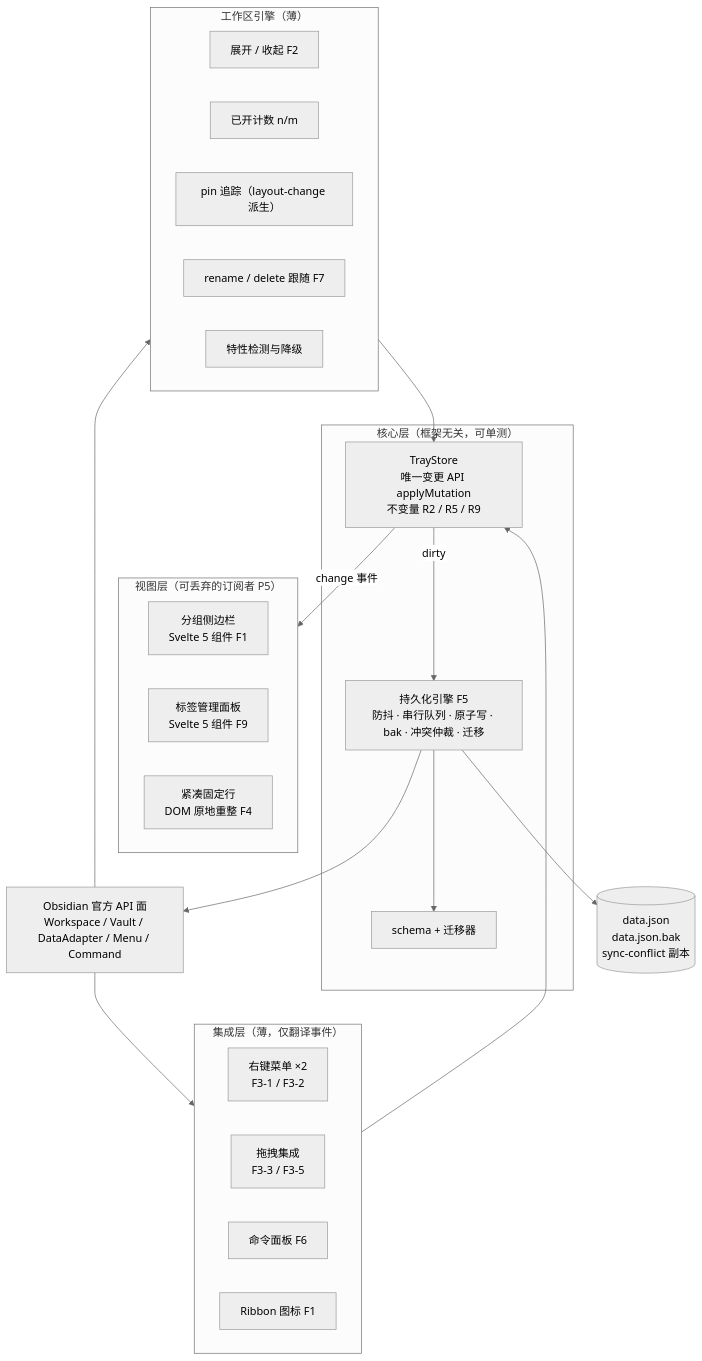
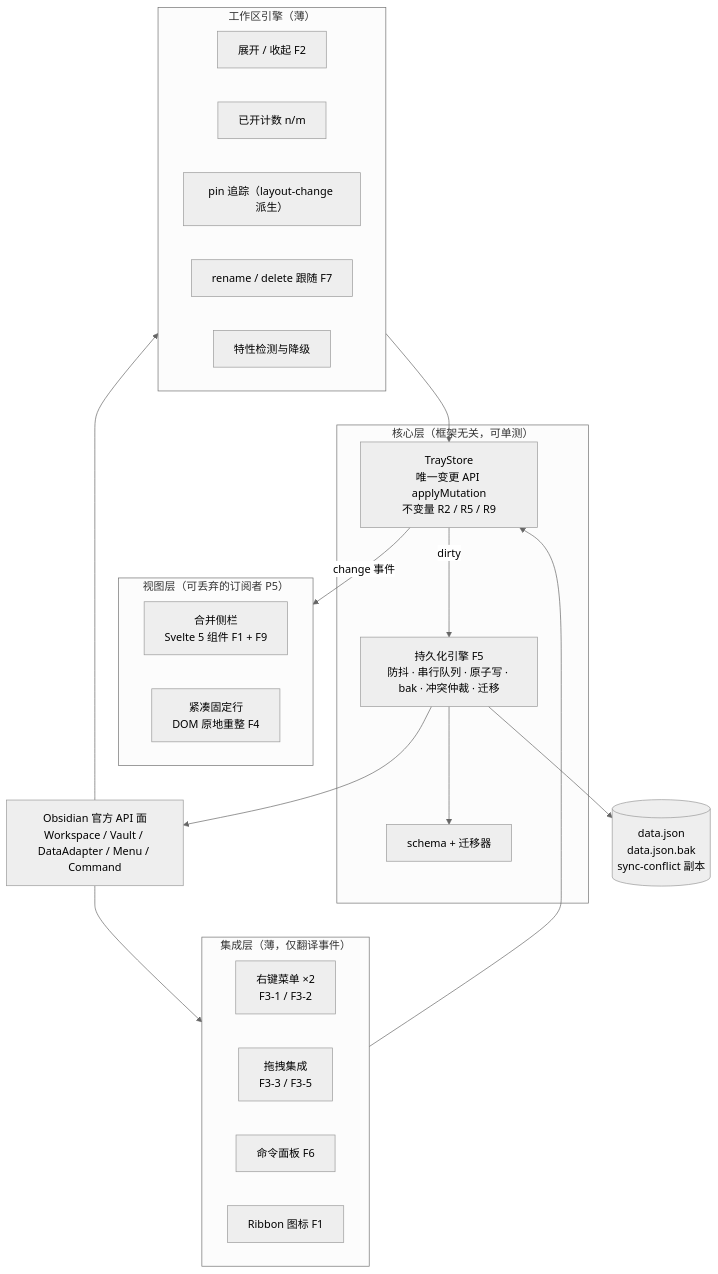
The first of 4 diagrams in docs/DESIGN.md (iceblyte/tab-tray), drawn with Mermaid (neutral theme) before and after one commit. The commit also changed other lines of this file and 5 other files, not shown here.

````diff
--- a/docs/DESIGN.md
+++ b/docs/DESIGN.md
@@ -50,41 +57,40 @@
 ```mermaid
 flowchart TB
     OBS["Obsidian 官方 API 面<br/>Workspace / Vault / DataAdapter / Menu / Command"]
 
     subgraph INT["集成层（薄，仅翻译事件）"]
         MENU["右键菜单 ×2<br/>F3-1 / F3-2"]
         DND["拖拽集成<br/>F3-3 / F3-5"]
         CMD["命令面板 F6"]
         RIB["Ribbon 图标 F1"]
     end
 
     subgraph ENG["工作区引擎（薄）"]
         EXCOL["展开 / 收起 F2"]
         CNT["已开计数 n/m"]
         PIN["pin 追踪（layout-change 派生）"]
         FOL["rename / delete 跟随 F7"]
         CMP["特性检测与降级"]
     end
 
     subgraph UI["视图层（可丢弃的订阅者 P5）"]
-        SB["分组侧边栏<br/>Svelte 5 组件 F1"]
-        TM["标签管理面板<br/>Svelte 5 组件 F9"]
+        SB["合并侧栏<br/>Svelte 5 组件 F1 + F9"]
         ROW["紧凑固定行<br/>DOM 原地重整 F4"]
     end
 
     subgraph CORE["核心层（框架无关，可单测）"]
         STORE["TrayStore<br/>唯一变更 API applyMutation<br/>不变量 R2 / R5 / R9"]
         PER["持久化引擎 F5<br/>防抖 · 串行队列 · 原子写 · bak · 冲突仲裁 · 迁移"]
         SCH["schema + 迁移器"]
     end
 
     OBS --> INT
     OBS --> ENG
     INT --> STORE
     ENG --> STORE
     STORE -->|"change 事件"| UI
     STORE -->|"dirty"| PER
     PER --> OBS
     PER --> SCH
     PER --> DISK[("data.json<br/>data.json.bak<br/>sync-conflict 副本")]
 ```
````
